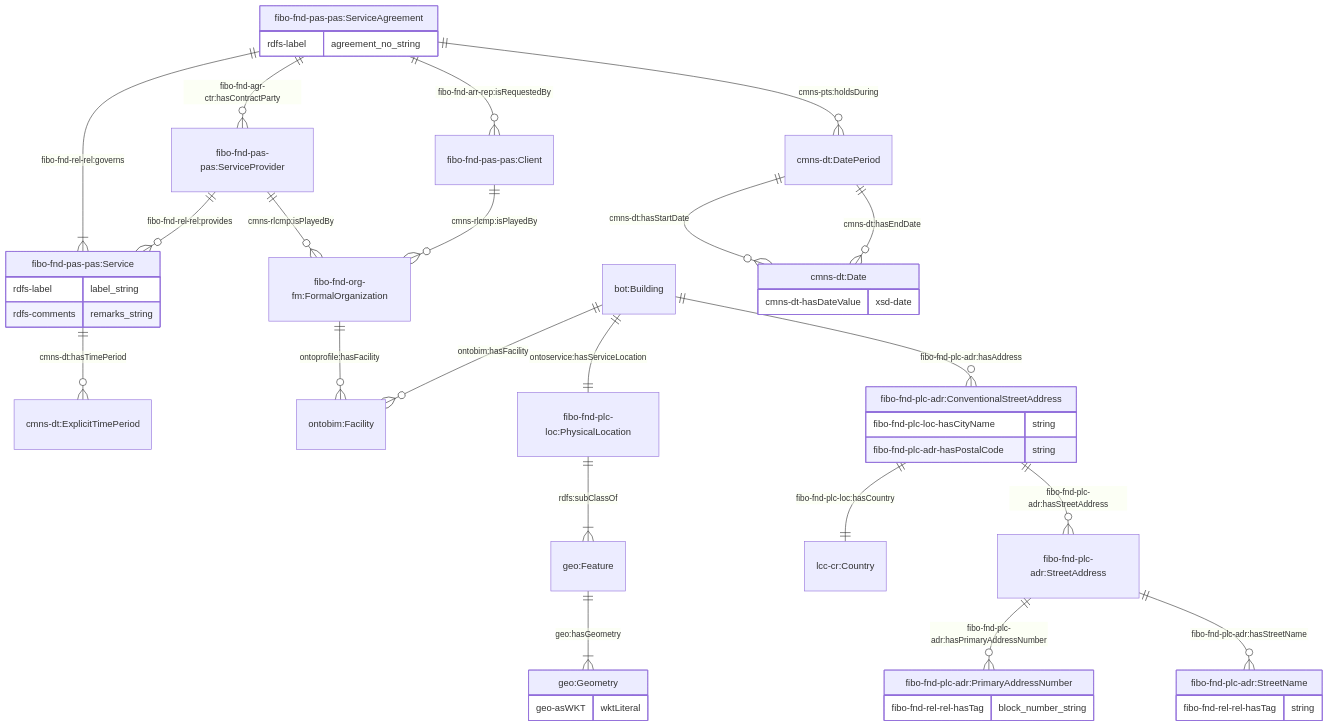
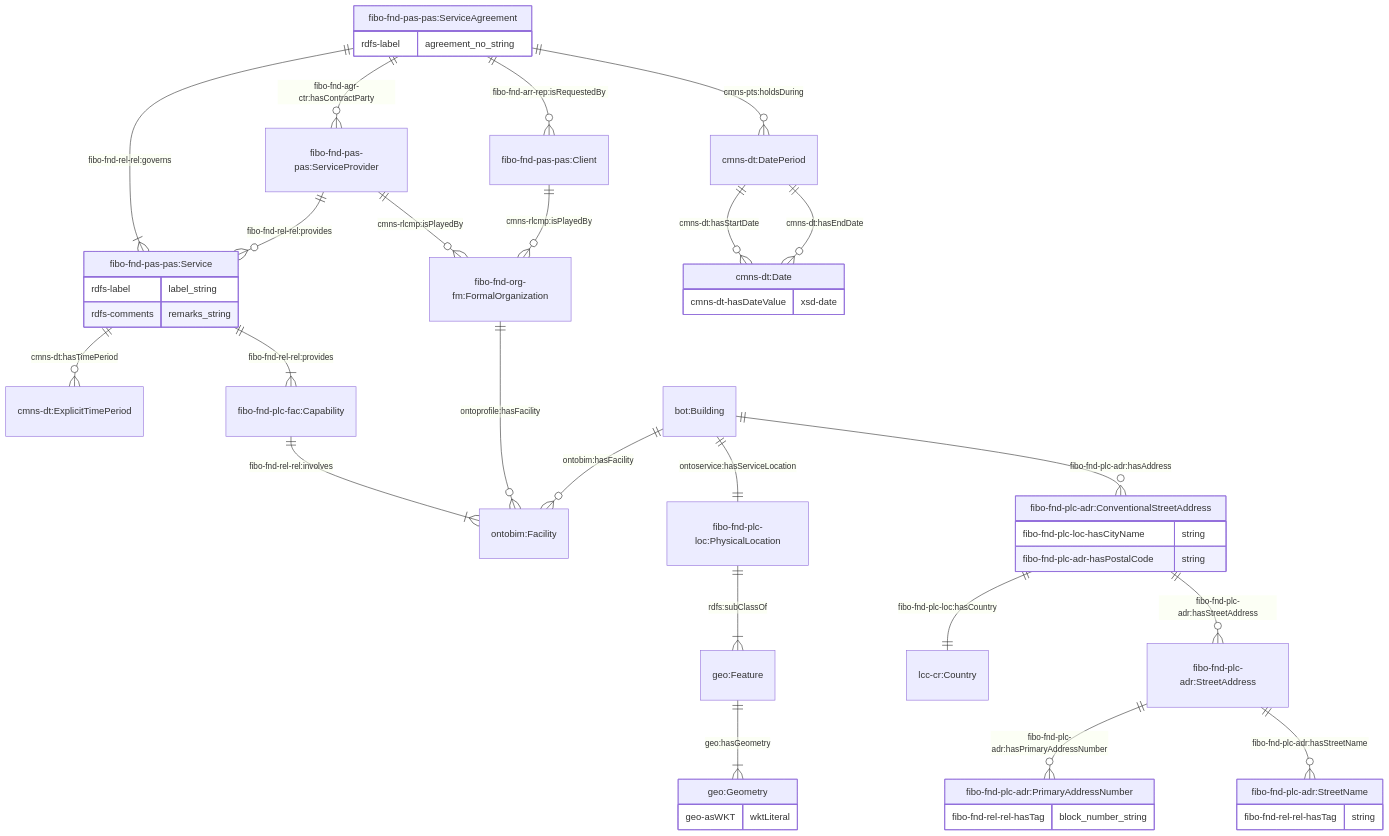
The first of 8 diagrams in JPS_Ontology/ontology/ontoservice/README.md (cambridge-cares/TheWorldAvatar), drawn with Mermaid before and after one commit. The commit also changed other lines of this file and 1 other file, not shown here.

Commit message:
dev-service-execution-ontology-extension: added links to facility from service in ontoservice and ontowastemanagement

````diff
--- a/JPS_Ontology/ontology/ontoservice/README.md
+++ b/JPS_Ontology/ontology/ontoservice/README.md
@@ -64,53 +65,55 @@
 ```mermaid
     erDiagram
     "fibo-fnd-pas-pas:ServiceAgreement" {
         rdfs-label agreement_no_string
     }
     "fibo-fnd-pas-pas:ServiceAgreement" ||--|{ "fibo-fnd-pas-pas:Service" : "fibo-fnd-rel-rel:governs"
     "fibo-fnd-pas-pas:Service" ||--o{ "cmns-dt:ExplicitTimePeriod" : "cmns-dt:hasTimePeriod"
     "fibo-fnd-pas-pas:Service" {
         rdfs-label label_string
         rdfs-comments remarks_string
     }
 
+    "fibo-fnd-pas-pas:Service" ||--|{ "fibo-fnd-plc-fac:Capability" : "fibo-fnd-rel-rel:provides"
+    "fibo-fnd-plc-fac:Capability" ||--|{ "ontobim:Facility" : "fibo-fnd-rel-rel:involves"
     "fibo-fnd-org-fm:FormalOrganization" ||--o{ "ontobim:Facility" : "ontoprofile:hasFacility "
 
     "bot:Building" ||--|| "fibo-fnd-plc-loc:PhysicalLocation" : "ontoservice:hasServiceLocation"
     "fibo-fnd-plc-loc:PhysicalLocation" ||--|{ "geo:Feature" : "rdfs:subClassOf"
     "geo:Feature" ||--|{ "geo:Geometry" : "geo:hasGeometry"
     "geo:Geometry" {
         geo-asWKT wktLiteral
     }
 
     "bot:Building" ||--o{ "ontobim:Facility" : "ontobim:hasFacility "
     "bot:Building" ||--o{ "fibo-fnd-plc-adr:ConventionalStreetAddress" : "fibo-fnd-plc-adr:hasAddress"
     "fibo-fnd-plc-adr:ConventionalStreetAddress" ||--|| "lcc-cr:Country" : "fibo-fnd-plc-loc:hasCountry"
     "fibo-fnd-plc-adr:ConventionalStreetAddress" ||--o{ "fibo-fnd-plc-adr:StreetAddress" : "fibo-fnd-plc-adr:hasStreetAddress"
     "fibo-fnd-plc-adr:ConventionalStreetAddress" {
         fibo-fnd-plc-loc-hasCityName string
         fibo-fnd-plc-adr-hasPostalCode string
     }
     "fibo-fnd-plc-adr:StreetAddress" ||--o{ "fibo-fnd-plc-adr:PrimaryAddressNumber" : "fibo-fnd-plc-adr:hasPrimaryAddressNumber"
     "fibo-fnd-plc-adr:StreetAddress" ||--o{ "fibo-fnd-plc-adr:StreetName" : "fibo-fnd-plc-adr:hasStreetName"
 
     "fibo-fnd-plc-adr:PrimaryAddressNumber" {
         fibo-fnd-rel-rel-hasTag block_number_string
     }
     "fibo-fnd-plc-adr:StreetName" {
         fibo-fnd-rel-rel-hasTag string
     }
 
     "fibo-fnd-pas-pas:ServiceAgreement" ||--o{ "cmns-dt:DatePeriod" : "cmns-pts:holdsDuring"
     "cmns-dt:DatePeriod" ||--o{ "cmns-dt:Date" : "cmns-dt:hasStartDate"
     "cmns-dt:DatePeriod" ||--o{ "cmns-dt:Date" : "cmns-dt:hasEndDate"
     "cmns-dt:Date" {
         cmns-dt-hasDateValue xsd-date
     }
 
     "fibo-fnd-pas-pas:ServiceAgreement" ||--o{ "fibo-fnd-pas-pas:Client" : "fibo-fnd-arr-rep:isRequestedBy"
     "fibo-fnd-pas-pas:ServiceAgreement" ||--o{ "fibo-fnd-pas-pas:ServiceProvider" : "fibo-fnd-agr-ctr:hasContractParty"
 
     "fibo-fnd-pas-pas:ServiceProvider" ||--o{ "fibo-fnd-org-fm:FormalOrganization"  : "cmns-rlcmp:isPlayedBy"
     "fibo-fnd-pas-pas:ServiceProvider" ||--o{ "fibo-fnd-pas-pas:Service"  : "fibo-fnd-rel-rel:provides"
     "fibo-fnd-pas-pas:Client" ||--o{ "fibo-fnd-org-fm:FormalOrganization"  : "cmns-rlcmp:isPlayedBy"
 ```
````
